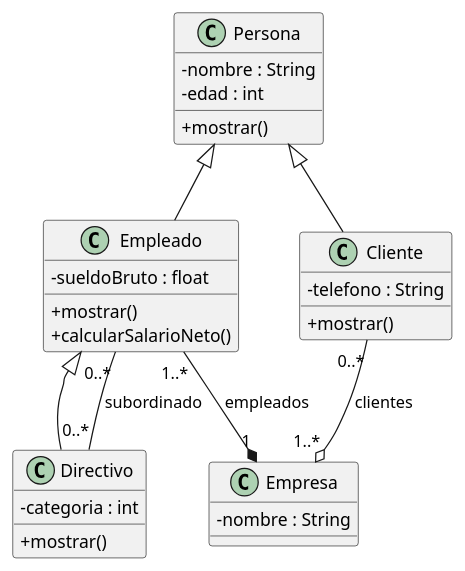
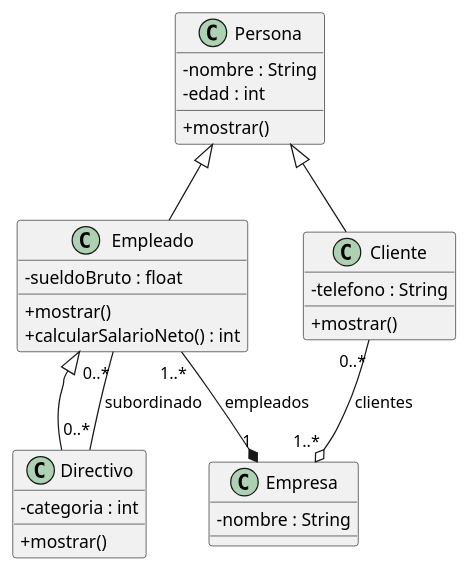
Before and after one commit to Bouzas1402/UML2JavaEmpresa: the diagram in puml/dcls-empresa.puml, drawn with PlantUML. The commit also changed 5 other files, not shown here.

```diff
--- a/puml/dcls-empresa.puml
+++ b/puml/dcls-empresa.puml
@@ -1,42 +1,42 @@
 @startuml empresa
 'https://plantuml.com/class-diagram
 
 'left to right direction
 skinparam classAttributeIconSize 0
 
 Persona <|-- Empleado
 Persona <|-- Cliente
 
 Empleado <|-- Directivo
 Empleado "0..*" -- "0..*" Directivo : subordinado
 
 Empleado "1..*" --* "1" Empresa : empleados
 Cliente "0..*" --o "1..*" Empresa : clientes
 
 class Persona {
     - nombre : String
     - edad : int
     + mostrar()
 }
 
 class Empleado {
     - sueldoBruto : float
     + mostrar()
-    + calcularSalarioNeto()
+    + calcularSalarioNeto() : int
 }
 
 class Cliente {
     - telefono : String
     + mostrar()
 }
 
 class Directivo {
     - categoria : int
     + mostrar()
 }
 
 class Empresa {
     - nombre : String
 }
 
 @enduml
```
